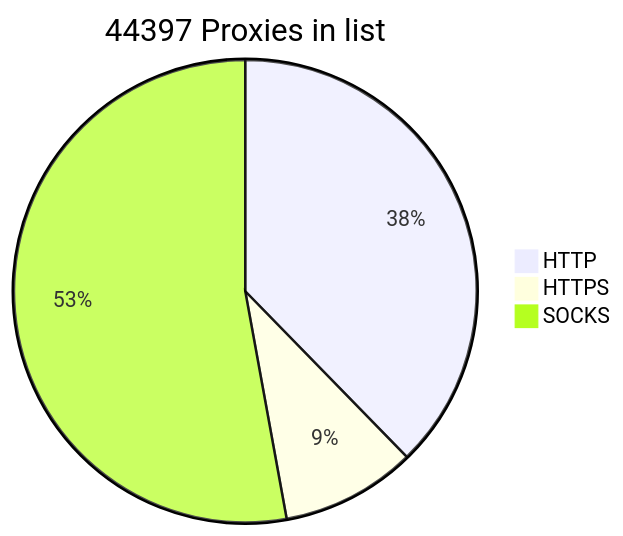
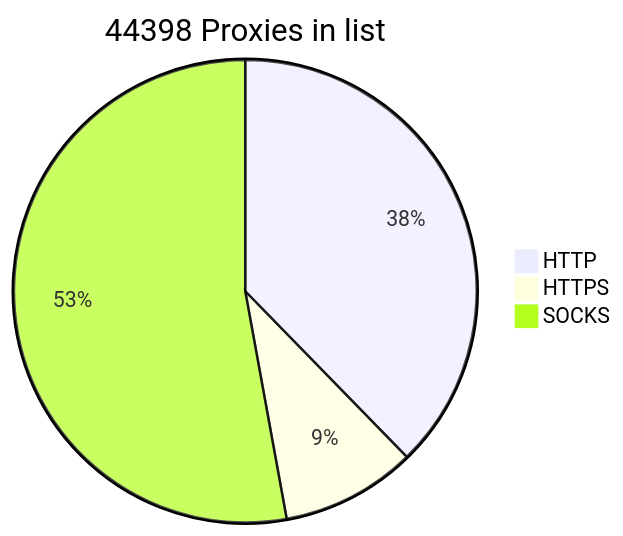
The diagram in README.md (BlackSnowDot/proxylist-update-every-minute), drawn with Mermaid before and after one commit.

````diff
--- a/README.md
+++ b/README.md
@@ -2,6 +2,6 @@
 ```mermaid
-pie title 44397 Proxies in list
+pie title 44398 Proxies in list
     "HTTP" : 18258
     "HTTPS": 4570
-    "SOCKS" : 25605
+    "SOCKS" : 25606
 ```
````
